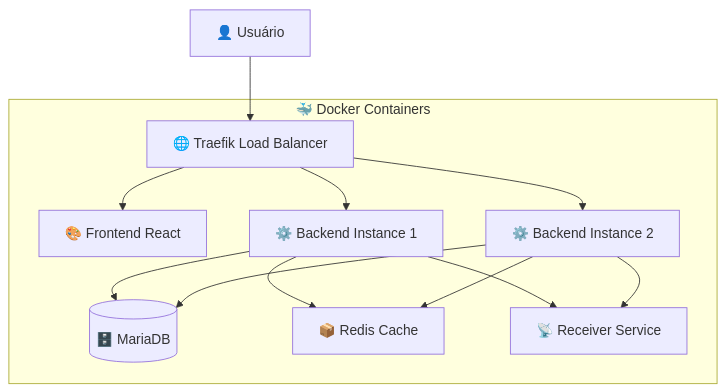
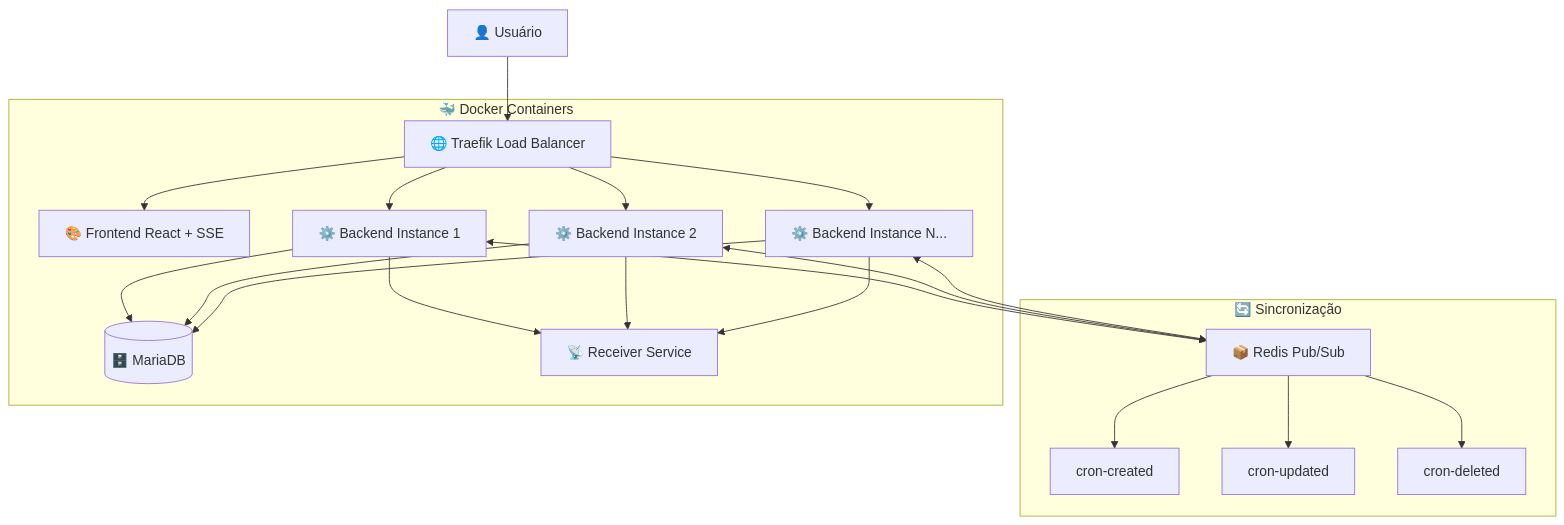
Before and after one commit to jocsas/desafio-cron: the diagram in readme.md, drawn with Mermaid. The commit also changed other lines of this file, not shown here.

````diff
--- a/readme.md
+++ b/readme.md
@@ -65,25 +69,37 @@
 ```mermaid
 graph TB
     U[👤 Usuário] --> T[🌐 Traefik Load Balancer]
-    T --> F[🎨 Frontend React]
+    T --> F[🎨 Frontend React + SSE]
     T --> B1[⚙️ Backend Instance 1]
     T --> B2[⚙️ Backend Instance 2]
+    T --> B3[⚙️ Backend Instance N...]
     
     B1 --> DB[(🗄️ MariaDB)]
     B2 --> DB
-    B1 --> R[📦 Redis Cache]
-    B2 --> R
+    B3 --> DB
+    
+    B1 <--> R[📦 Redis Pub/Sub]
+    B2 <--> R
+    B3 <--> R
     
     B1 --> REC[📡 Receiver Service]
     B2 --> REC
+    B3 --> REC
+    
+    subgraph "🔄 Sincronização"
+        R --> PUB[cron-created]
+        R --> PUB2[cron-updated]  
+        R --> PUB3[cron-deleted]
+    end
     
     subgraph "🐳 Docker Containers"
         F
         B1
         B2
+        B3
         DB
         R
         REC
         T
     end
 ```
````
